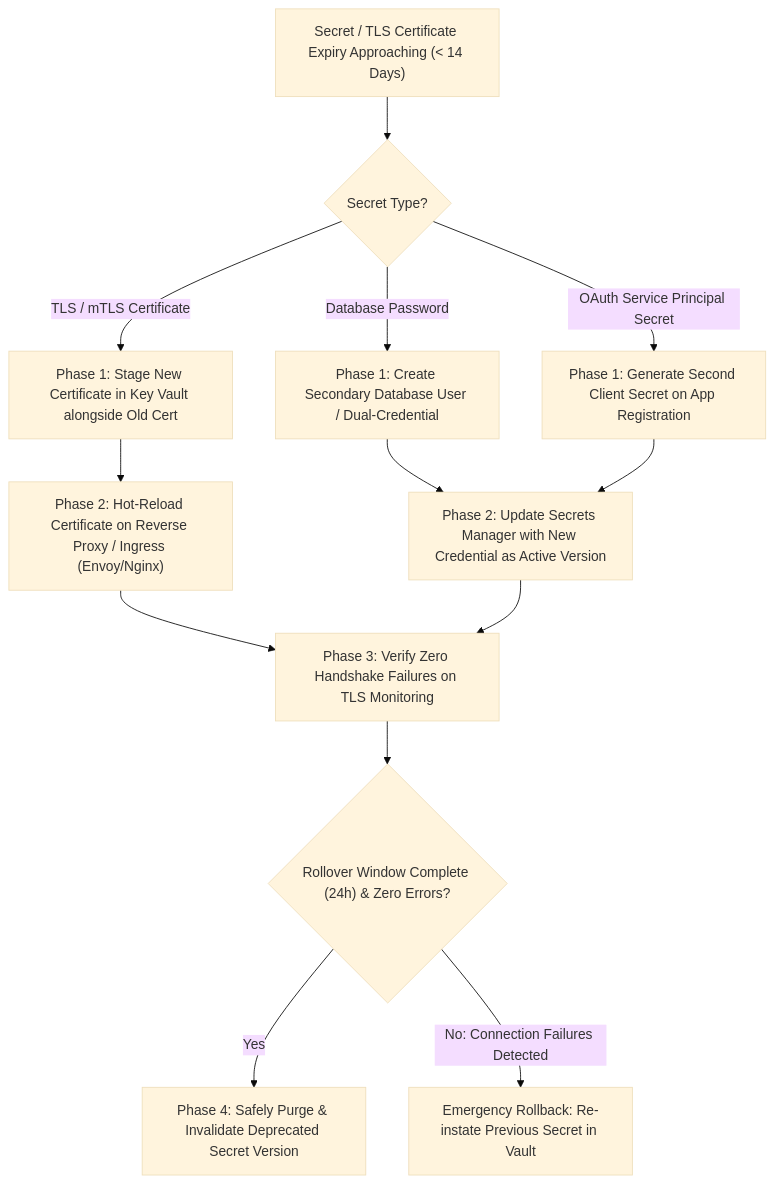
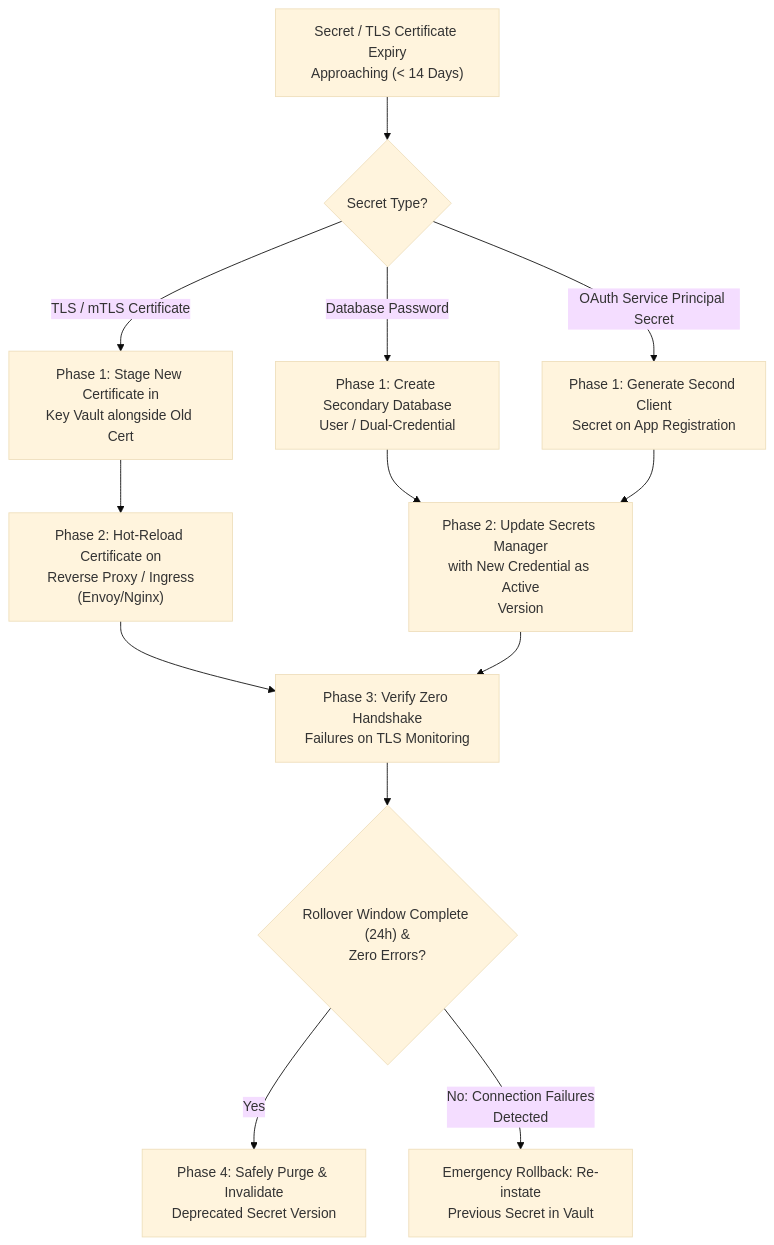
The diagram in runbooks/06_zero_downtime_certificate_and_secret_rotation.md (santoshjammi29/security-handbook), drawn with Mermaid (base theme) before and after one commit. The commit also changed 22 other files, not shown here.

Commit message:
fix(diagrams): word-wrap labels and escape comparison operators across all diagrams

````diff
--- a/runbooks/06_zero_downtime_certificate_and_secret_rotation.md
+++ b/runbooks/06_zero_downtime_certificate_and_secret_rotation.md
@@ -11,19 +11,19 @@
 ```mermaid
 flowchart TD
-    Trigger["Secret / TLS Certificate Expiry Approaching (< 14 Days)"] --> SelectType{"Secret Type?"}
+    Trigger["Secret / TLS Certificate Expiry<br/>Approaching (&lt; 14 Days)"] --> SelectType{"Secret Type?"}
 
-    SelectType -->|TLS / mTLS Certificate| CertStage["Phase 1: Stage New Certificate in Key Vault alongside Old Cert"]
-    SelectType -->|Database Password| DualSecret["Phase 1: Create Secondary Database User / Dual-Credential"]
-    SelectType -->|OAuth Service Principal Secret| DualSP["Phase 1: Generate Second Client Secret on App Registration"]
+    SelectType -->|"TLS / mTLS Certificate"| CertStage["Phase 1: Stage New Certificate in<br/>Key Vault alongside Old Cert"]
+    SelectType -->|Database Password| DualSecret["Phase 1: Create Secondary Database<br/>User / Dual-Credential"]
+    SelectType -->|OAuth Service Principal Secret| DualSP["Phase 1: Generate Second Client<br/>Secret on App Registration"]
 
-    CertStage --> HotReload["Phase 2: Hot-Reload Certificate on Reverse Proxy / Ingress (Envoy/Nginx)"]
-    DualSecret --> UpdateVault["Phase 2: Update Secrets Manager with New Credential as Active Version"]
+    CertStage --> HotReload["Phase 2: Hot-Reload Certificate on<br/>Reverse Proxy / Ingress<br/>(Envoy/Nginx)"]
+    DualSecret --> UpdateVault["Phase 2: Update Secrets Manager<br/>with New Credential as Active<br/>Version"]
     DualSP --> UpdateVault
 
-    HotReload --> VerifyTraffic["Phase 3: Verify Zero Handshake Failures on TLS Monitoring"]
+    HotReload --> VerifyTraffic["Phase 3: Verify Zero Handshake<br/>Failures on TLS Monitoring"]
     UpdateVault --> VerifyTraffic
 
-    VerifyTraffic --> RolloverWindow{"Rollover Window Complete (24h) & Zero Errors?"}
-    RolloverWindow -->|Yes| RevokeOld["Phase 4: Safely Purge & Invalidate Deprecated Secret Version"]
-    RolloverWindow -->|No: Connection Failures Detected| Rollback["Emergency Rollback: Re-instate Previous Secret in Vault"]
+    VerifyTraffic --> RolloverWindow{"Rollover Window Complete (24h) &<br/>Zero Errors?"}
+    RolloverWindow -->|Yes| RevokeOld["Phase 4: Safely Purge & Invalidate<br/>Deprecated Secret Version"]
+    RolloverWindow -->|"No: Connection Failures<br/>Detected"| Rollback["Emergency Rollback: Re-instate<br/>Previous Secret in Vault"]
 ```
````
